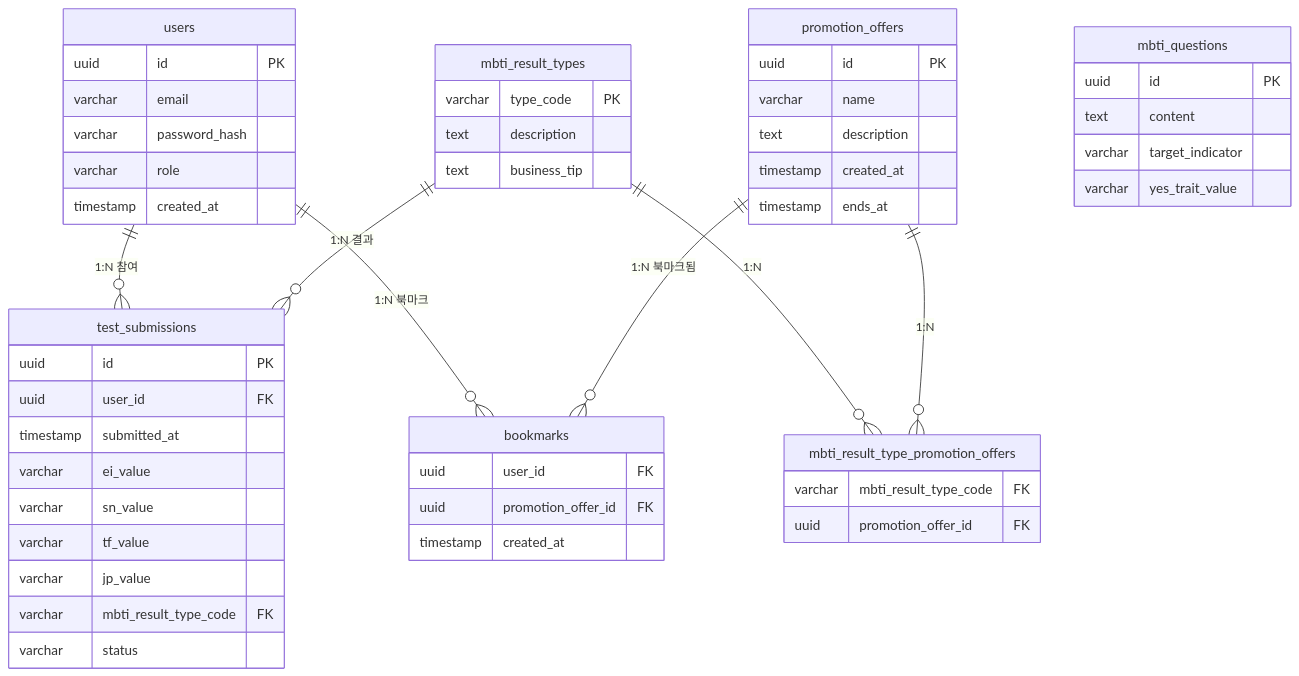
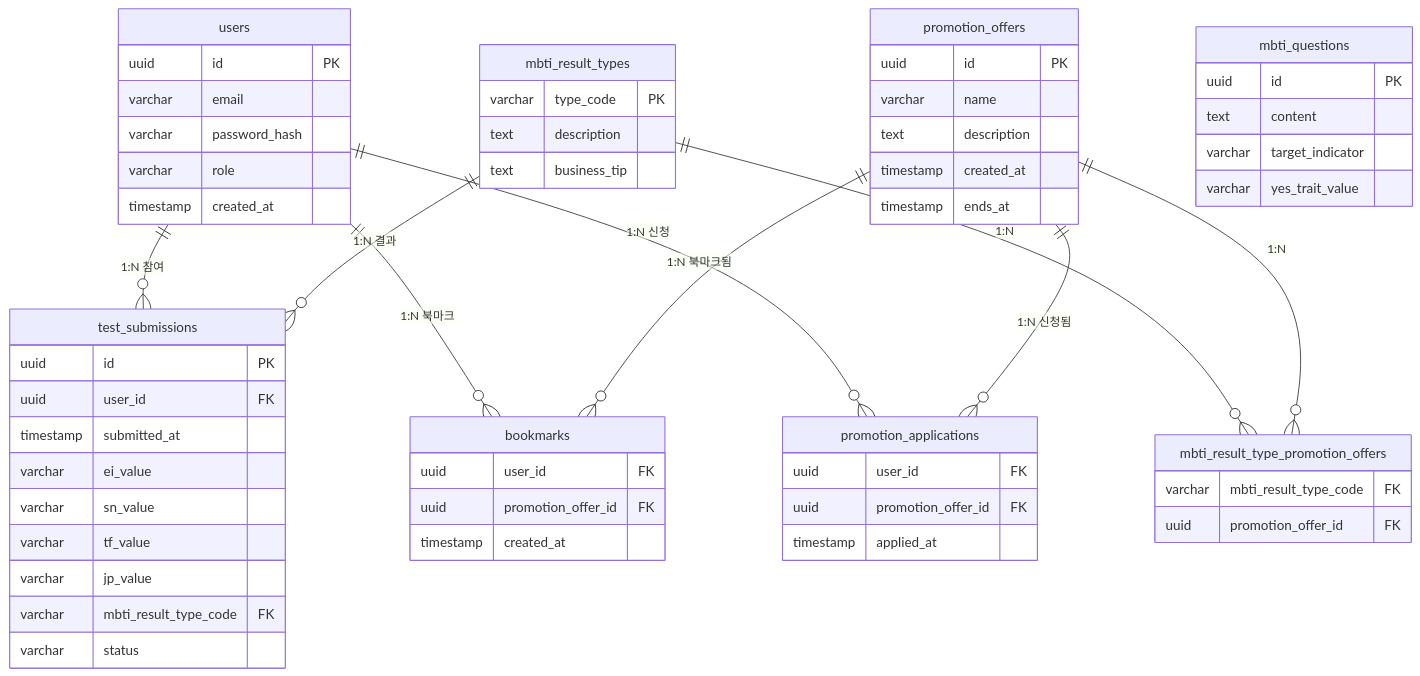
One commit to zieun0127/b2b-promo changed the diagram in docs/8-erd.md. Above: the diagram before and after it, drawn with Mermaid. The commit also changed other lines of this file and 36 other files, not shown here.

````diff
--- a/docs/8-erd.md
+++ b/docs/8-erd.md
@@ -7,61 +7,69 @@
 ```mermaid
 erDiagram
     users ||--o{ test_submissions : "1:N 참여"
     mbti_result_types ||--o{ test_submissions : "1:N 결과"
     mbti_result_types ||--o{ mbti_result_type_promotion_offers : "1:N"
     promotion_offers ||--o{ mbti_result_type_promotion_offers : "1:N"
     users ||--o{ bookmarks : "1:N 북마크"
     promotion_offers ||--o{ bookmarks : "1:N 북마크됨"
+    users ||--o{ promotion_applications : "1:N 신청"
+    promotion_offers ||--o{ promotion_applications : "1:N 신청됨"
 
     users {
         uuid id PK
         varchar email
         varchar password_hash
         varchar role
         timestamp created_at
     }
 
     mbti_questions {
         uuid id PK
         text content
         varchar target_indicator
         varchar yes_trait_value
     }
 
     mbti_result_types {
         varchar type_code PK
         text description
         text business_tip
     }
 
     promotion_offers {
         uuid id PK
         varchar name
         text description
         timestamp created_at
         timestamp ends_at
     }
 
     mbti_result_type_promotion_offers {
         varchar mbti_result_type_code FK
         uuid promotion_offer_id FK
     }
 
     test_submissions {
         uuid id PK
         uuid user_id FK
         timestamp submitted_at
         varchar ei_value
         varchar sn_value
         varchar tf_value
         varchar jp_value
         varchar mbti_result_type_code FK
         varchar status
     }
 
     bookmarks {
         uuid user_id FK
         uuid promotion_offer_id FK
         timestamp created_at
     }
+
+    promotion_applications {
+        uuid user_id FK
+        uuid promotion_offer_id FK
+        timestamp applied_at
+    }
 ```
````
